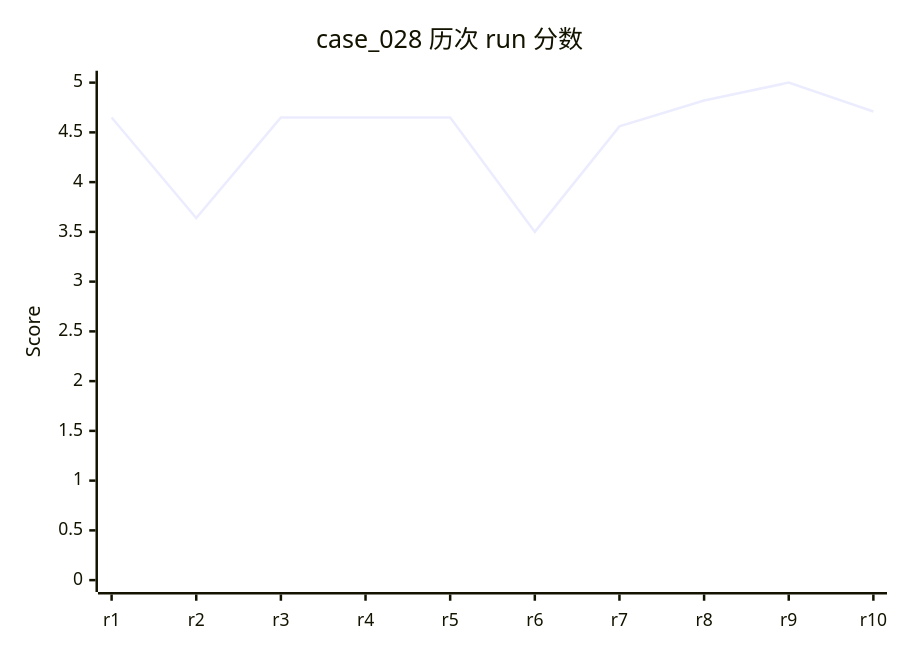
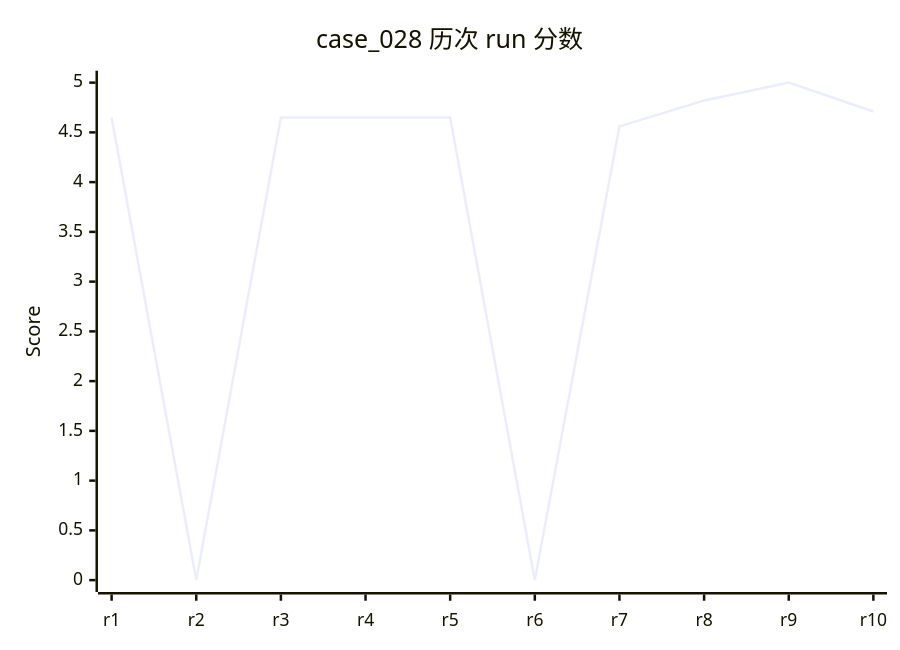
Before and after one commit to rushengzhou/sid-code: diagram 56 of 58 in evals/DASHBOARD.md, drawn with Mermaid. The commit also changed other lines of this file and 49 other files, not shown here.

````diff
--- a/evals/DASHBOARD.md
+++ b/evals/DASHBOARD.md
@@ -1116,7 +1122,7 @@
 ```mermaid
 xychart-beta
     title "case_028 历次 run 分数"
     x-axis [r1, r2, r3, r4, r5, r6, r7, r8, r9, r10]
     y-axis "Score" 0 --> 5
-    line [4.65, 3.64, 4.65, 4.65, 4.65, 3.50, 4.56, 4.82, 5.00, 4.71]
+    line [4.65, 0, 4.65, 4.65, 4.65, 0, 4.56, 4.82, 5.00, 4.71]
 ```
````
